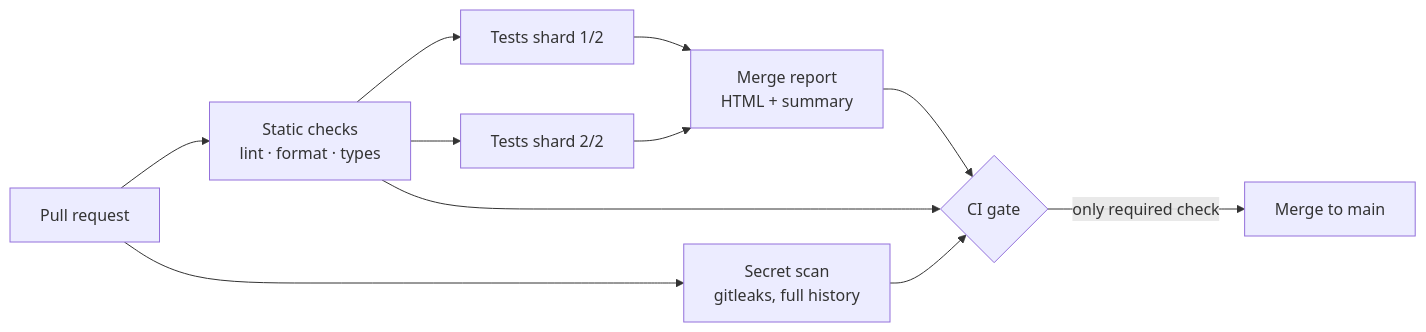
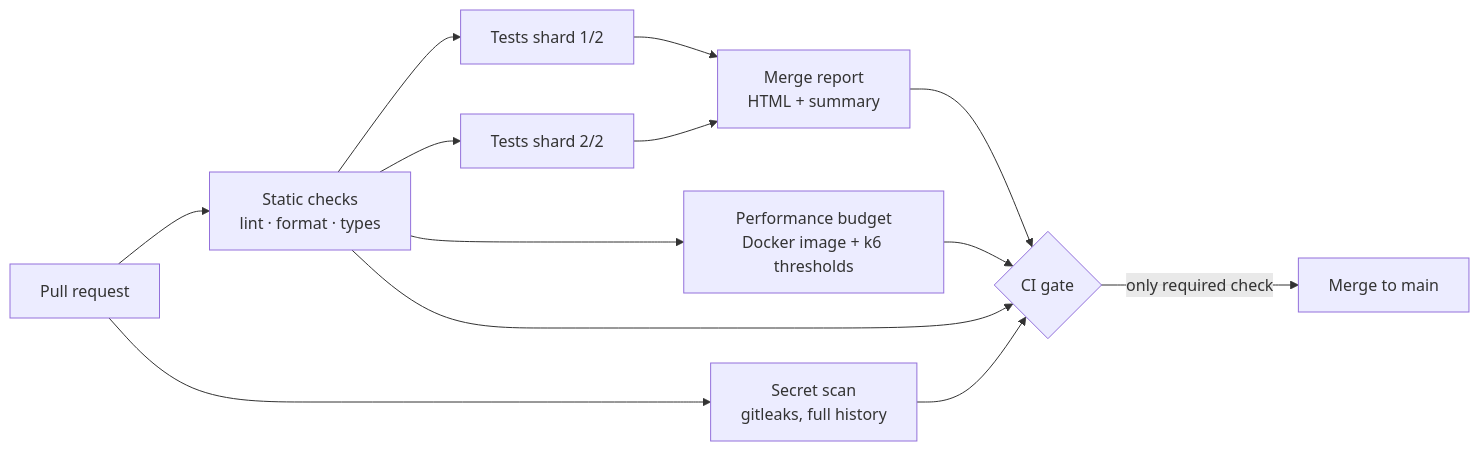
The diagram in README.md (alcarcis/playwright-ci-reference), drawn with Mermaid before and after one commit. The commit also changed other lines of this file and 8 other files, not shown here.

Commit message:
Add k6 performance budget and Dockerfile to the CI gate

````diff
--- a/README.md
+++ b/README.md
@@ -9,13 +9,15 @@
 ```mermaid
 flowchart LR
   PR[Pull request] --> S[Static checks<br/>lint · format · types]
   PR --> G[Secret scan<br/>gitleaks, full history]
   S --> T1[Tests shard 1/2]
   S --> T2[Tests shard 2/2]
   T1 --> R[Merge report<br/>HTML + summary]
   T2 --> R
+  S --> P[Performance budget<br/>Docker image + k6 thresholds]
+  P --> GATE
   R --> GATE{CI gate}
   G --> GATE
   S --> GATE
   GATE -->|only required check| M[Merge to main]
 ```
````
